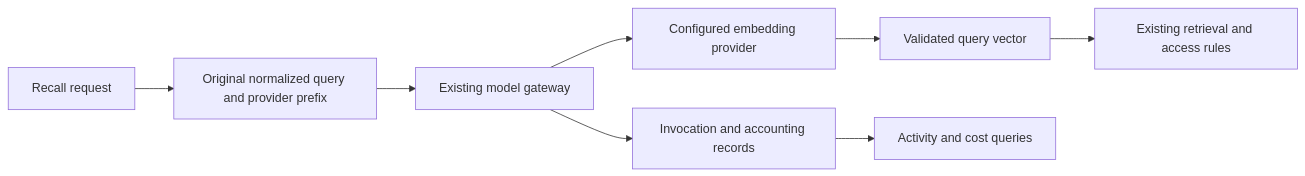
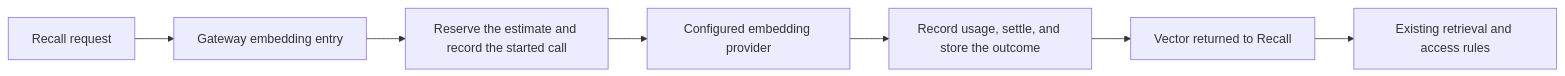
The diagram in docs/tasks/foundation-query-embedding.md (soaringjerry/PCAS), drawn with Mermaid before and after one commit. The commit also changed other lines of this file and 19 other files, not shown here.

First line of the commit message:
fix: query and background embeddings use one recorded gateway call without saved inputs or results

````diff
--- a/docs/tasks/foundation-query-embedding.md
+++ b/docs/tasks/foundation-query-embedding.md
@@ -22,10 +22,9 @@
 ```mermaid
 flowchart LR
-    Read[Recall request] --> Query[Original normalized query and provider prefix]
-    Query --> Gateway[Existing model gateway]
-    Gateway --> Provider[Configured embedding provider]
-    Gateway --> Journal[Invocation and accounting records]
-    Provider --> Vector[Validated query vector]
-    Vector --> Recall[Existing retrieval and access rules]
-    Journal --> Observe[Activity and cost queries]
+    Read[Recall request] --> Entry[Gateway embedding entry]
+    Entry --> Begin[Reserve the estimate and record the started call]
+    Begin --> Provider[Configured embedding provider]
+    Provider --> Finish[Record usage, settle, and store the outcome]
+    Finish --> Vector[Vector returned to Recall]
+    Vector --> Search[Existing retrieval and access rules]
 ```
````
